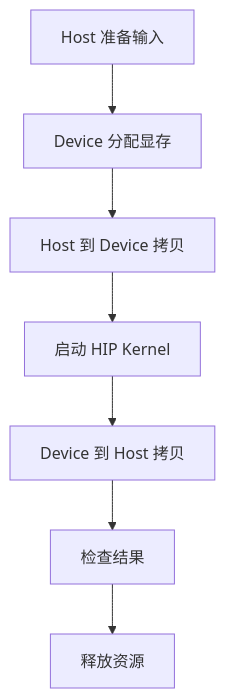
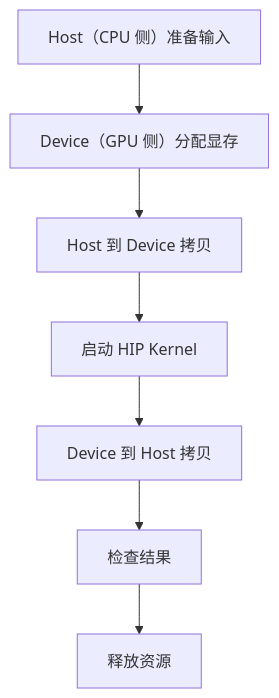
One commit to Weihong-Liu/hello-gpu changed the diagram in docs/part0-intro/chapter1/index.md. Above: the diagram before and after it, drawn with Mermaid. The commit also changed other lines of this file, not shown here.

````diff
--- a/docs/part0-intro/chapter1/index.md
+++ b/docs/part0-intro/chapter1/index.md
@@ -343,9 +343,9 @@
 ```mermaid
 flowchart TD
-    A[Host 准备输入] --> B[Device 分配显存]
+    A[Host（CPU 侧）准备输入] --> B[Device（GPU 侧）分配显存]
     B --> C[Host 到 Device 拷贝]
     C --> D[启动 HIP Kernel]
     D --> E[Device 到 Host 拷贝]
     E --> F[检查结果]
     F --> G[释放资源]
 ```
````
